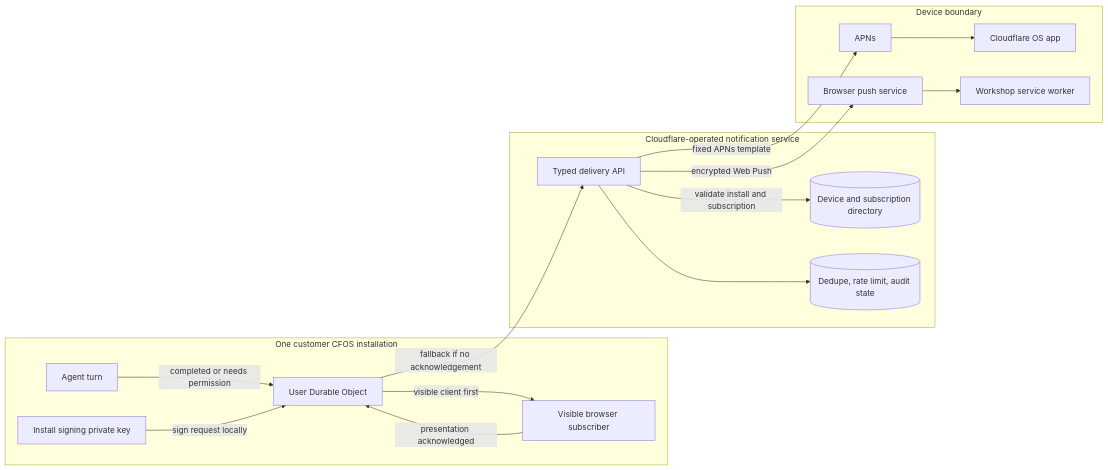
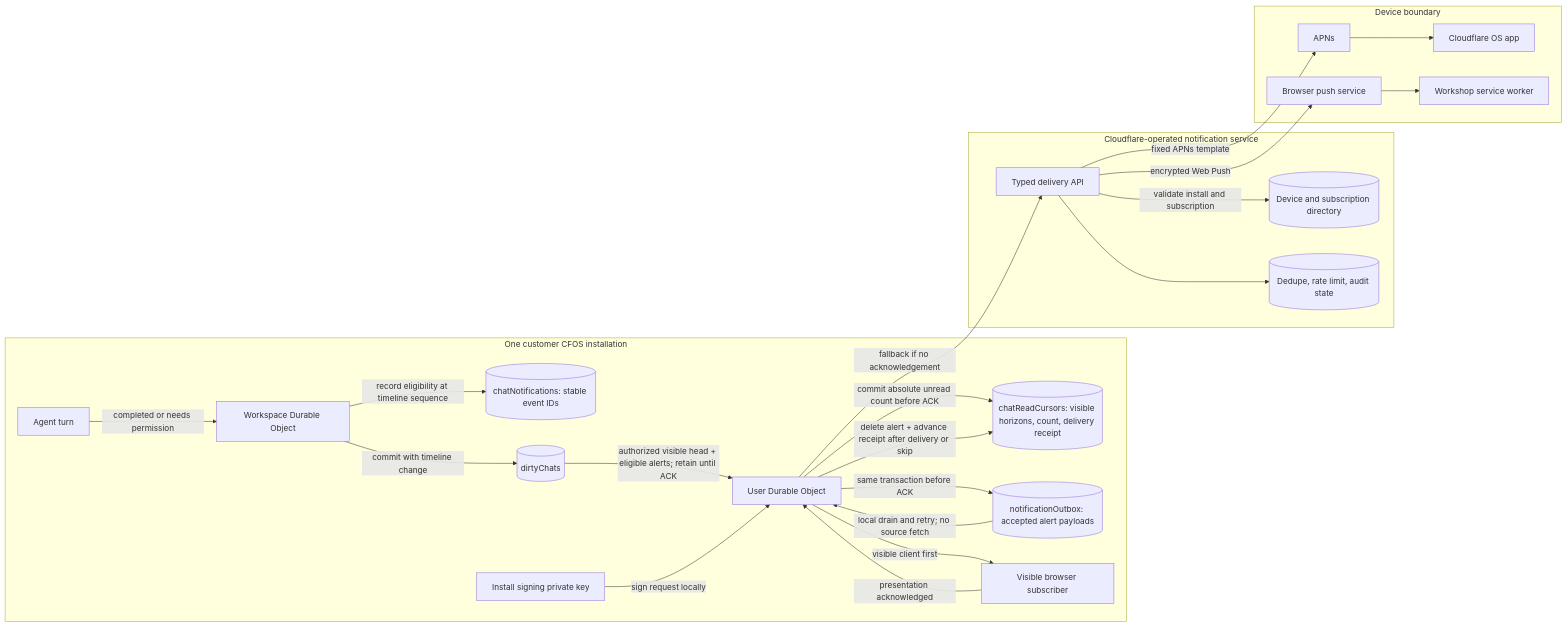
The second of 2 diagrams in docs/notifications.md (cloudflare/cloudflare-os), drawn with Mermaid before and after one commit. The commit also changed other lines of this file and 22 other files, not shown here.

First line of the commit message:
Add durable unread summaries and message fanout APIs (#837)

````diff
--- a/docs/notifications.md
+++ b/docs/notifications.md
@@ -145,34 +145,46 @@
 ```mermaid
 flowchart LR
   subgraph Install[One customer CFOS installation]
     Agent[Agent turn]
+    Workspace[Workspace Durable Object]
+    Candidates[(chatNotifications: stable event IDs)]
+    SourceDirty[(dirtyChats)]
     User[User Durable Object]
+    Cursor[(chatReadCursors: visible horizons, count, delivery receipt)]
+    Outbox[(notificationOutbox: accepted alert payloads)]
     Browser[Visible browser subscriber]
     Key[Install signing private key]
   end
 
   subgraph Central[Cloudflare-operated notification service]
     Delivery[Typed delivery API]
     Registry[(Device and subscription directory)]
     Audit[(Dedupe, rate limit, audit state)]
   end
 
   subgraph Devices[Device boundary]
     APNS[APNs]
     App[Cloudflare OS app]
     WebPush[Browser push service]
     Worker[Workshop service worker]
   end
 
-  Agent -->|completed or needs permission| User
+  Agent -->|completed or needs permission| Workspace
+  Workspace -->|record eligibility at timeline sequence| Candidates
+  Workspace -->|commit with timeline change| SourceDirty
+  SourceDirty -->|authorized visible head + eligible alerts; retain until ACK| User
+  User -->|commit absolute unread count before ACK| Cursor
+  User -->|same transaction before ACK| Outbox
+  Outbox -->|local drain and retry; no source fetch| User
   User -->|visible client first| Browser
   Browser -->|presentation acknowledged| User
+  User -->|delete alert + advance receipt after delivery or skip| Cursor
   User -->|fallback if no acknowledgement| Delivery
   Key -->|sign request locally| User
   Delivery -->|validate install and subscription| Registry
   Delivery --> Audit
   Delivery -->|fixed APNs template| APNS
   APNS --> App
   Delivery -->|encrypted Web Push| WebPush
   WebPush --> Worker
 ```
````
